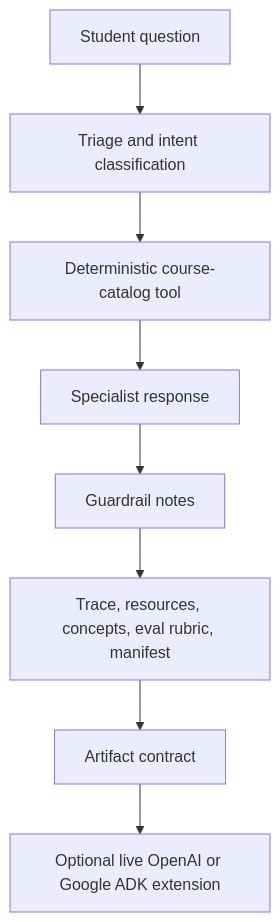
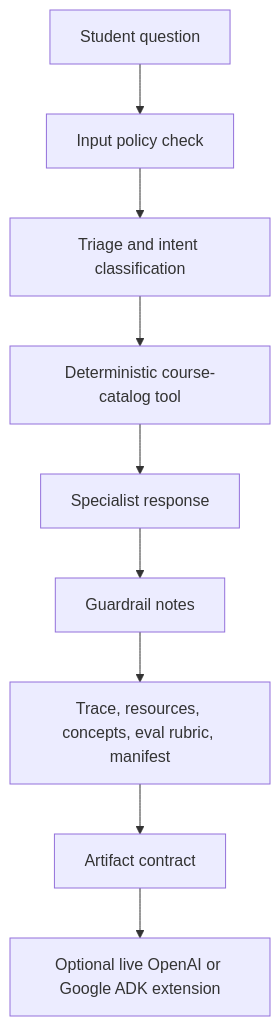
The first of 2 diagrams in projects/agentic-course-assistant-showcase/docs/concept-map.md (conqueror/mcgill-showcases), drawn with Mermaid before and after one commit. The commit also changed other lines of this file and 15 other files, not shown here.

````diff
--- a/projects/agentic-course-assistant-showcase/docs/concept-map.md
+++ b/projects/agentic-course-assistant-showcase/docs/concept-map.md
@@ -7,10 +7,11 @@
 ```mermaid
 flowchart TD
-    Q["Student question"] --> Triage["Triage and intent classification"]
+    Q["Student question"] --> Policy["Input policy check"]
+    Policy --> Triage["Triage and intent classification"]
     Triage --> Tool["Deterministic course-catalog tool"]
     Tool --> Specialist["Specialist response"]
     Specialist --> Guardrails["Guardrail notes"]
     Guardrails --> Evidence["Trace, resources, concepts, eval rubric, manifest"]
     Evidence --> Verify["Artifact contract"]
     Verify --> Live["Optional live OpenAI or Google ADK extension"]
 ```
````
